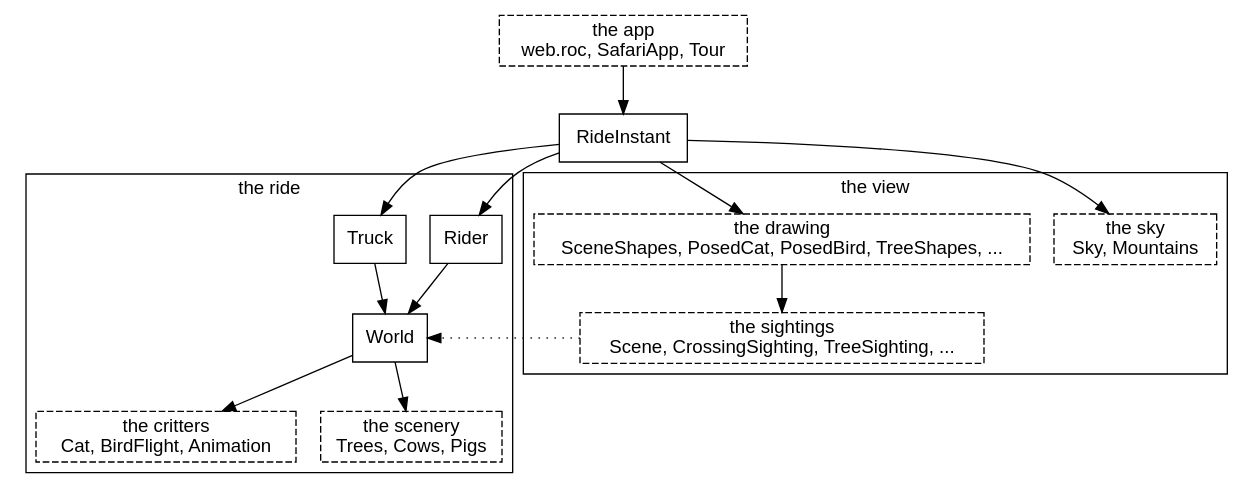
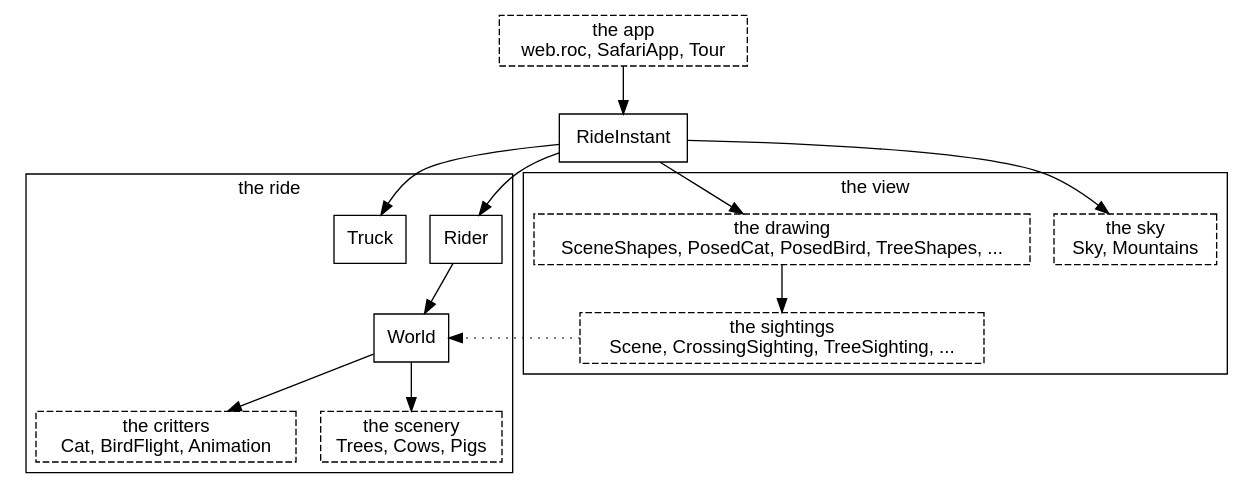
The second of 34 diagrams in canvas_apps/safari/tutorial/tutorial.md (showell/roc-apps), drawn with Graphviz before and after one commit. The commit also changed other lines of this file, not shown here.

Commit message:
tutorial: truck chapters' second accuracy round, and four stale names elsewhere

````diff
--- a/canvas_apps/safari/tutorial/tutorial.md
+++ b/canvas_apps/safari/tutorial/tutorial.md
@@ -89,30 +89,29 @@
 ```dot
 digraph system {
   node [shape=box, fontname="Helvetica"];
   fontname="Helvetica";
   app [label="the app\nweb.roc, SafariApp, Tour", style=dashed];
   subgraph cluster_ride {
     label="the ride";
     Rider; Truck; World;
     critters [label="the critters\nCat, BirdFlight, Animation", style=dashed];
     scenery [label="the scenery\nTrees, Cows, Pigs", style=dashed];
   }
   subgraph cluster_view {
     label="the view";
     sky [label="the sky\nSky, Mountains", style=dashed];
     drawing [label="the drawing\nSceneShapes, PosedCat, PosedBird, TreeShapes, ...", style=dashed];
     sightings [label="the sightings\nScene, CrossingSighting, TreeSighting, ...", style=dashed];
   }
   app -> RideInstant;
   RideInstant -> Rider;
   RideInstant -> Truck;
   Rider -> World;
-  Truck -> World;
   World -> critters;
   World -> scenery;
   RideInstant -> sky;
   RideInstant -> drawing;
   drawing -> sightings;
   sightings -> World [style=dotted, constraint=false];
 }
 ```
````
